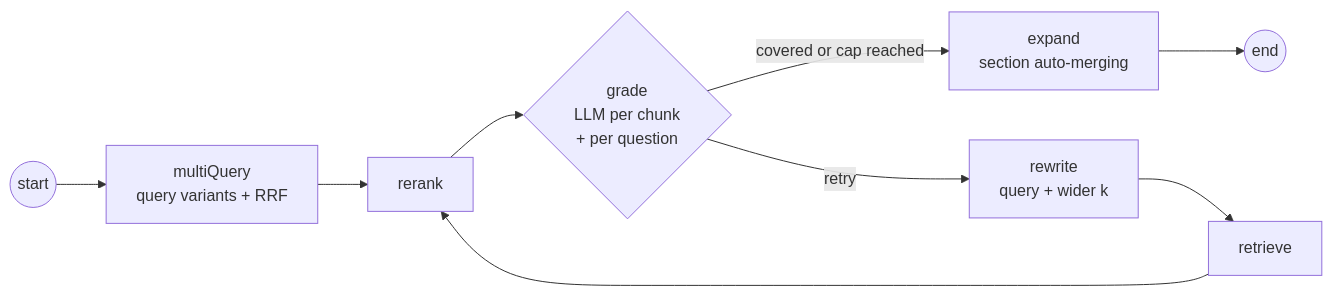
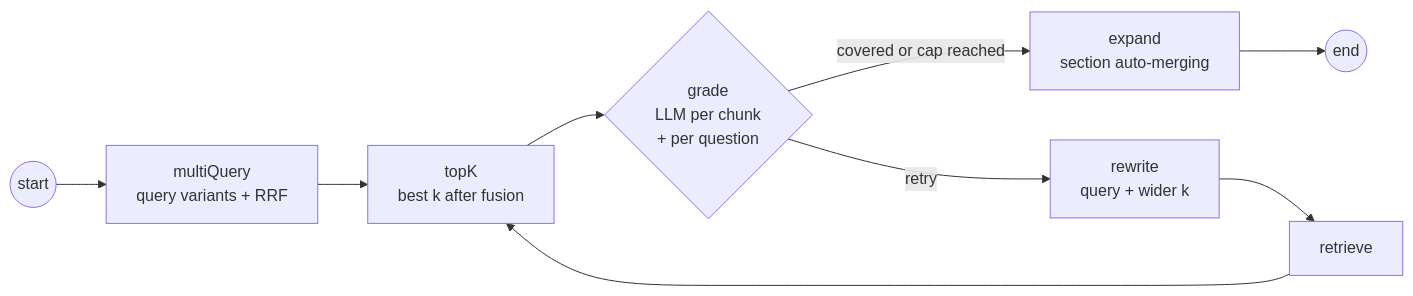
One commit to mikel0ne/ai-platform-portfolio changed the second of 2 diagrams in autoops/README.md. Above: the diagram before and after it, drawn with Mermaid. The commit also changed 6 other files, not shown here.

Commit message:
refactor(autoops): topK node instead of a rerank node that only trims, one content key for chunks

````diff
--- a/autoops/README.md
+++ b/autoops/README.md
@@ -49,7 +49,7 @@
 ```mermaid
 flowchart LR
     start((start)) --> mq[multiQuery<br/>query variants + RRF]
-    mq --> rerank --> grade{grade<br/>LLM per chunk<br/>+ per question}
+    mq --> topK[topK<br/>best k after fusion] --> grade{grade<br/>LLM per chunk<br/>+ per question}
     grade -- covered or cap reached --> expand[expand<br/>section auto-merging] --> done((end))
-    grade -- retry --> rewrite[rewrite<br/>query + wider k] --> retrieve --> rerank
+    grade -- retry --> rewrite[rewrite<br/>query + wider k] --> retrieve --> topK
 ```
````
